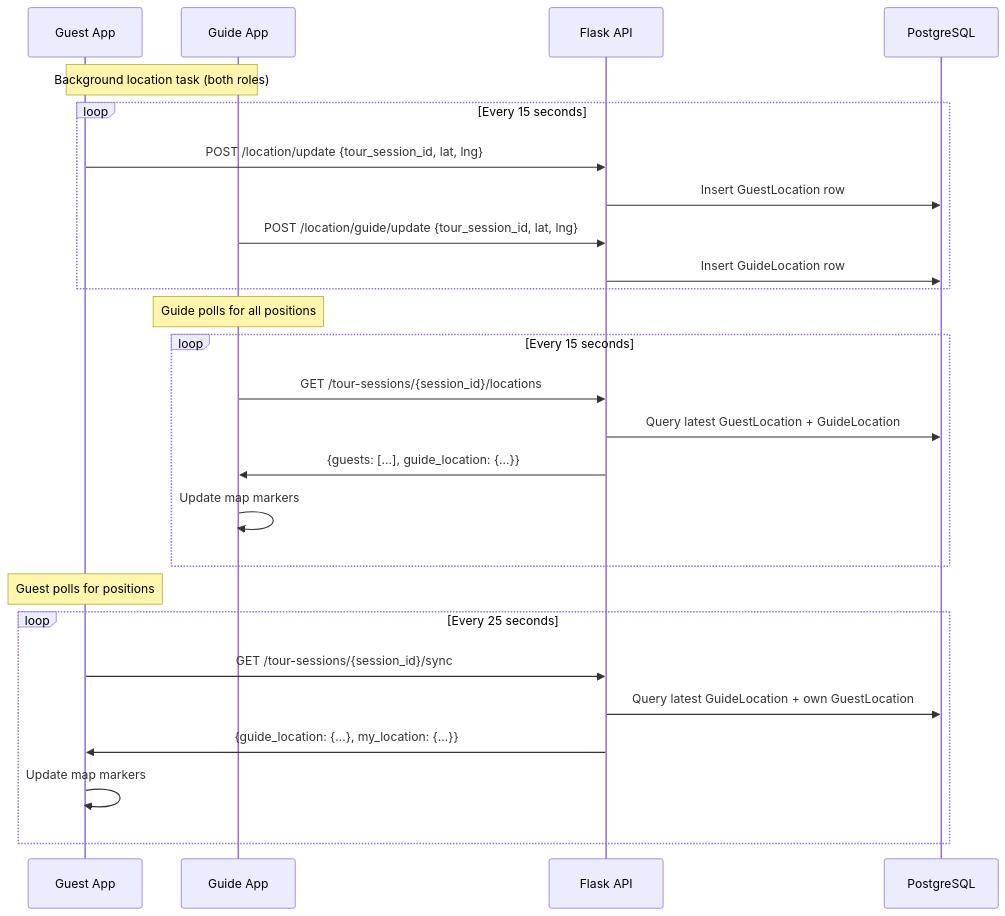
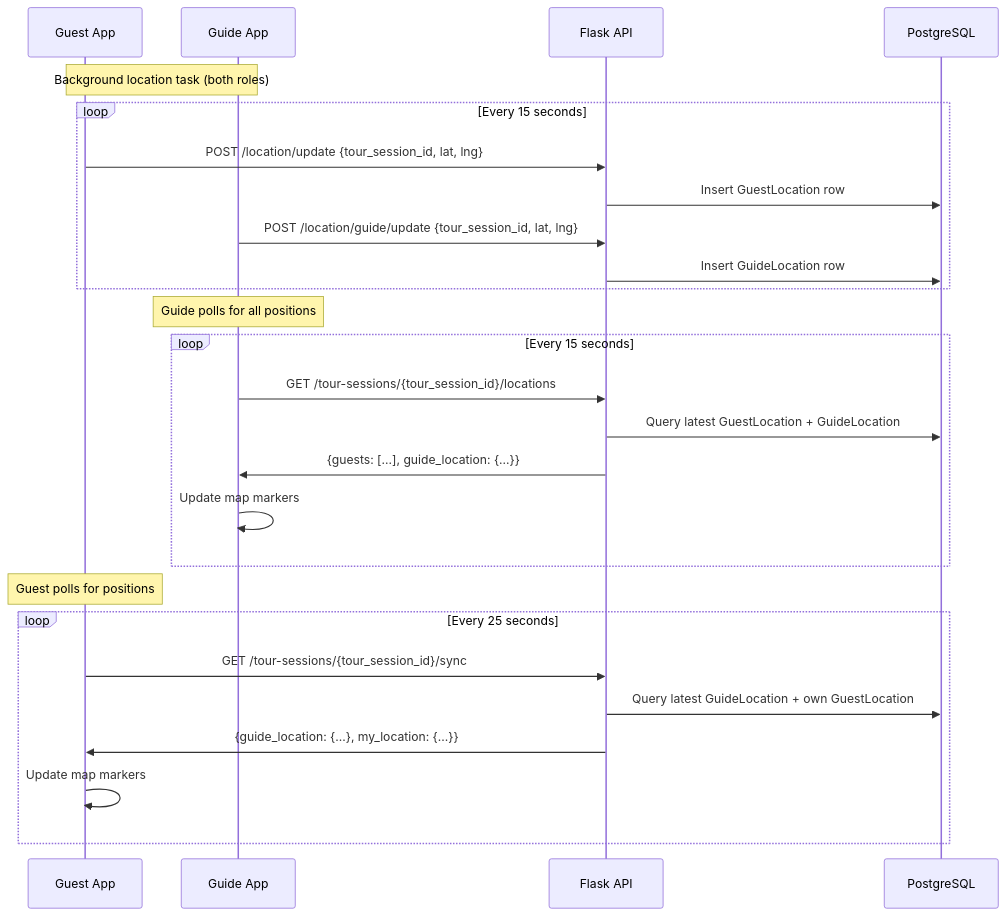
The sixth of 7 diagrams in 2_architecture.md (wariya-placehub/triptoe-docs), drawn with Mermaid before and after one commit. The commit also changed other lines of this file and 8 other files, not shown here.

````diff
--- a/2_architecture.md
+++ b/2_architecture.md
@@ -612,31 +613,31 @@
 ```mermaid
 sequenceDiagram
     participant Guest as Guest App
     participant Guide as Guide App
     participant API as Flask API
     participant DB as PostgreSQL
 
     Note over Guest, Guide: Background location task (both roles)
     loop Every 15 seconds
         Guest->>API: POST /location/update {tour_session_id, lat, lng}
         API->>DB: Insert GuestLocation row
         Guide->>API: POST /location/guide/update {tour_session_id, lat, lng}
         API->>DB: Insert GuideLocation row
     end
 
     Note over Guide: Guide polls for all positions
     loop Every 15 seconds
-        Guide->>API: GET /tour-sessions/{session_id}/locations
+        Guide->>API: GET /tour-sessions/{tour_session_id}/locations
         API->>DB: Query latest GuestLocation + GuideLocation
         API->>Guide: {guests: [...], guide_location: {...}}
         Guide->>Guide: Update map markers
     end
 
     Note over Guest: Guest polls for positions
     loop Every 25 seconds
-        Guest->>API: GET /tour-sessions/{session_id}/sync
+        Guest->>API: GET /tour-sessions/{tour_session_id}/sync
         API->>DB: Query latest GuideLocation + own GuestLocation
         API->>Guest: {guide_location: {...}, my_location: {...}}
         Guest->>Guest: Update map markers
     end
 ```
````
